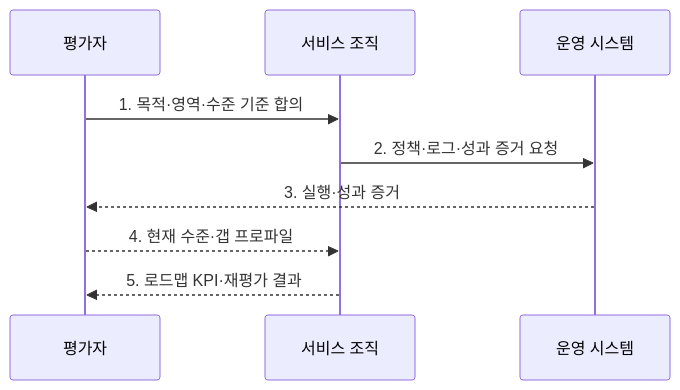
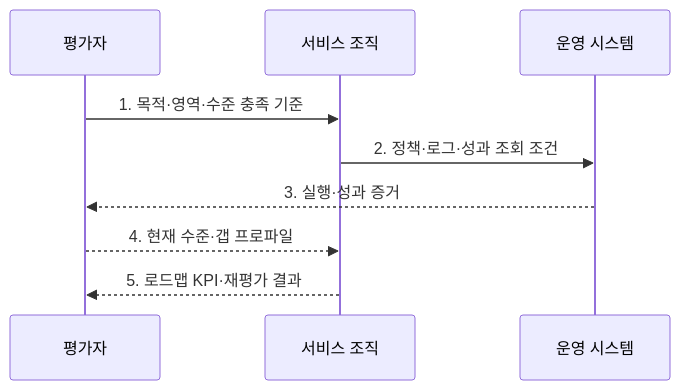
Before and after one commit to agnusdei1207/knowledge-base: the second of 2 diagrams in src/content/docs/notes/06-evaluation/051_digital_service_maturity_evaluation.md, drawn with Mermaid. The commit also changed other lines of this file and 11 other files, not shown here.

````diff
--- a/src/content/docs/notes/06-evaluation/051_digital_service_maturity_evaluation.md
+++ b/src/content/docs/notes/06-evaluation/051_digital_service_maturity_evaluation.md
@@ -82,11 +81,11 @@
 ```mermaid
 sequenceDiagram
     participant E as 평가자
     participant O as 서비스 조직
     participant S as 운영 시스템
-    E->>O: 1. 목적·영역·수준 기준 합의
-    O->>S: 2. 정책·로그·성과 증거 요청
+    E->>O: 1. 목적·영역·수준 충족 기준
+    O->>S: 2. 정책·로그·성과 조회 조건
     S-->>E: 3. 실행·성과 증거
     E-->>O: 4. 현재 수준·갭 프로파일
     O-->>E: 5. 로드맵 KPI·재평가 결과
 ```
````
